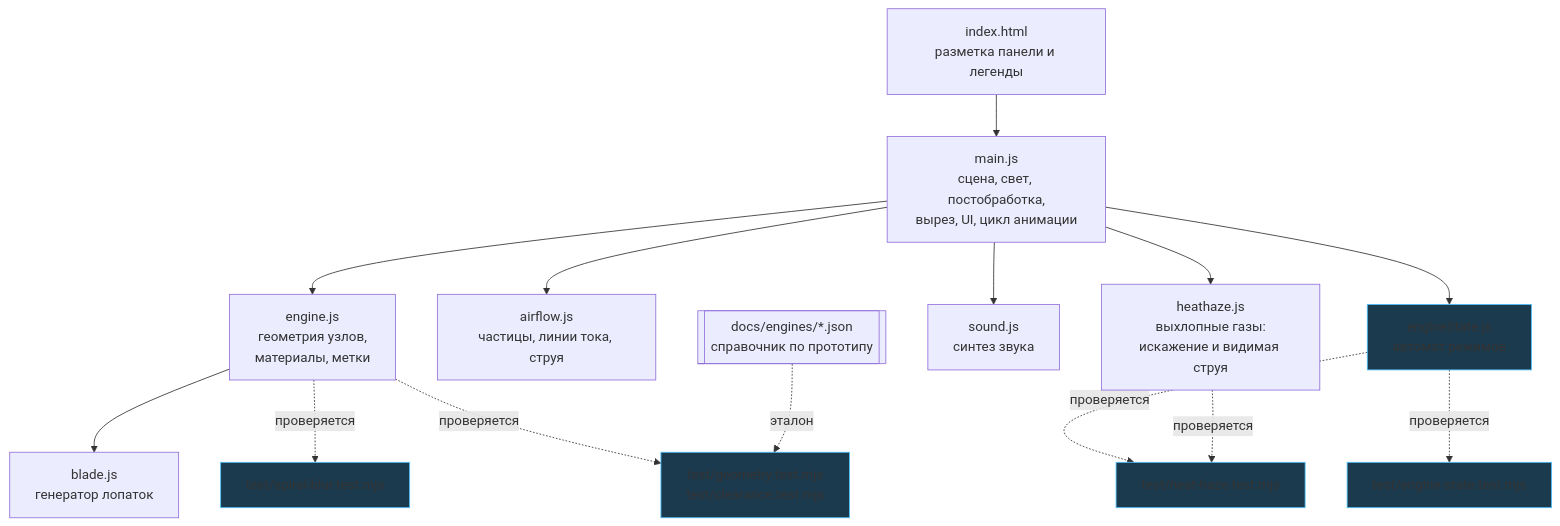
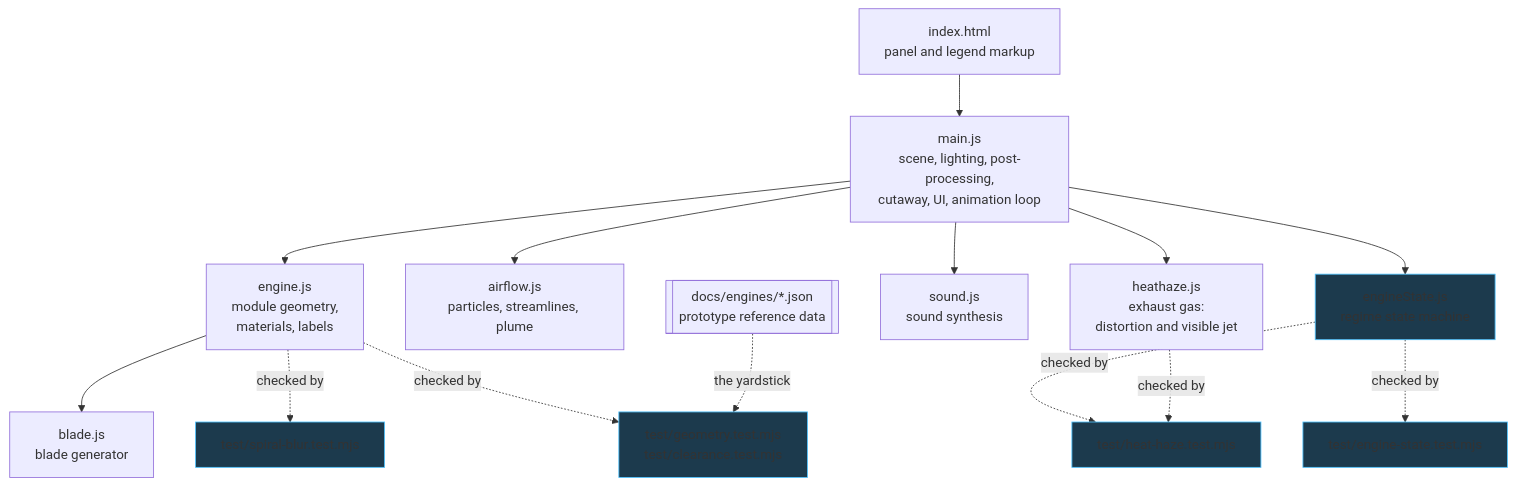
The first of 2 diagrams in docs/01-architecture.md (jubbon/jet-engine-3d), drawn with Mermaid before and after one commit. The commit also changed other lines of this file and 15 other files, not shown here.

````diff
--- a/docs/01-architecture.md
+++ b/docs/01-architecture.md
@@ -5,22 +5,22 @@
 ```mermaid
 graph TD
-  I[index.html<br/>разметка панели и легенды] --> M
-  M[main.js<br/>сцена, свет, постобработка,<br/>вырез, UI, цикл анимации]
-  M --> E[engine.js<br/>геометрия узлов,<br/>материалы, метки]
-  M --> A[airflow.js<br/>частицы, линии тока, струя]
-  M --> H[heathaze.js<br/>выхлопные газы:<br/>искажение и видимая струя]
-  M --> S[sound.js<br/>синтез звука]
-  M --> ST[engineState.js<br/>автомат режимов]
-  E --> B[blade.js<br/>генератор лопаток]
-  ST -.проверяется.-> T[test/engine-state.test.mjs]
-  ST -.проверяется.-> T2[test/heat-haze.test.mjs]
-  E -.проверяется.-> T3[test/spiral-blur.test.mjs]
-  E -.проверяется.-> T4["test/geometry.test.mjs<br/>test/clearance.test.mjs"]
-  J[["docs/engines/*.json<br/>справочник по прототипу"]] -.эталон.-> T4
-  H -.проверяется.-> T2
+  I[index.html<br/>panel and legend markup] --> M
+  M[main.js<br/>scene, lighting, post-processing,<br/>cutaway, UI, animation loop]
+  M --> E[engine.js<br/>module geometry,<br/>materials, labels]
+  M --> A[airflow.js<br/>particles, streamlines, plume]
+  M --> H[heathaze.js<br/>exhaust gas:<br/>distortion and visible jet]
+  M --> S[sound.js<br/>sound synthesis]
+  M --> ST[engineState.js<br/>regime state machine]
+  E --> B[blade.js<br/>blade generator]
+  ST -.checked by.-> T[test/engine-state.test.mjs]
+  ST -.checked by.-> T2[test/heat-haze.test.mjs]
+  E -.checked by.-> T3[test/spiral-blur.test.mjs]
+  E -.checked by.-> T4["test/geometry.test.mjs<br/>test/clearance.test.mjs"]
+  J[["docs/engines/*.json<br/>prototype reference data"]] -.the yardstick.-> T4
+  H -.checked by.-> T2
   style ST fill:#1c3a4d,stroke:#4fc3ff
   style T fill:#1c3a4d,stroke:#4fc3ff
   style T2 fill:#1c3a4d,stroke:#4fc3ff
   style T3 fill:#1c3a4d,stroke:#4fc3ff
   style T4 fill:#1c3a4d,stroke:#4fc3ff
 ```
````
